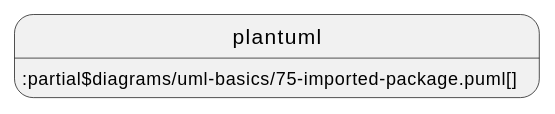
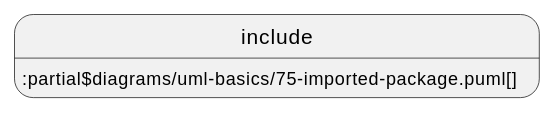
Diagram 14 of 24 in documentation/IDTA-01001/modules/ROOT/pages/annex/uml.adoc (acplt/aas-specs), drawn with PlantUML before and after one commit. The commit also changed other lines of this file and 14 other files, not shown here.

First line of the commit message:
Revert "Use plantuml instead of include and test ./"

```diff
--- a/documentation/IDTA-01001/modules/ROOT/pages/annex/uml.adoc
+++ b/documentation/IDTA-01001/modules/ROOT/pages/annex/uml.adoc
@@ -210,4 +210,4 @@
 [plantuml, 75-imported-package, svg]
 ....
-plantuml::partial$diagrams/uml-basics/75-imported-package.puml[]
+include::partial$diagrams/uml-basics/75-imported-package.puml[]
 ....
```
